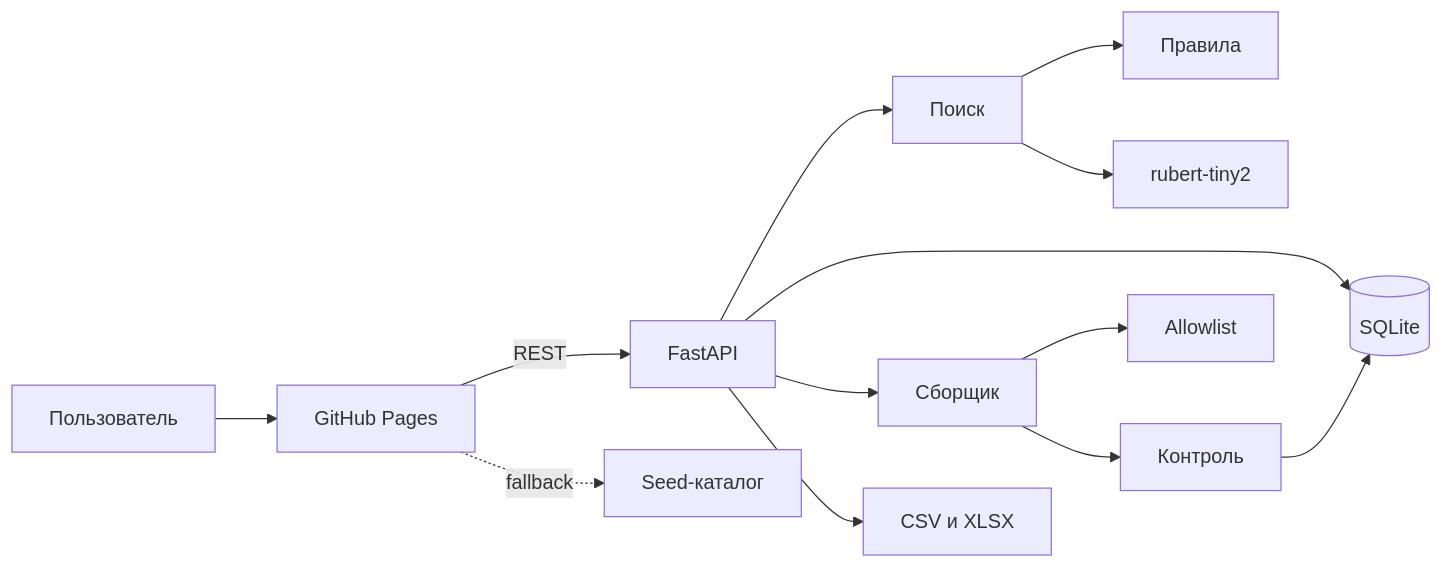
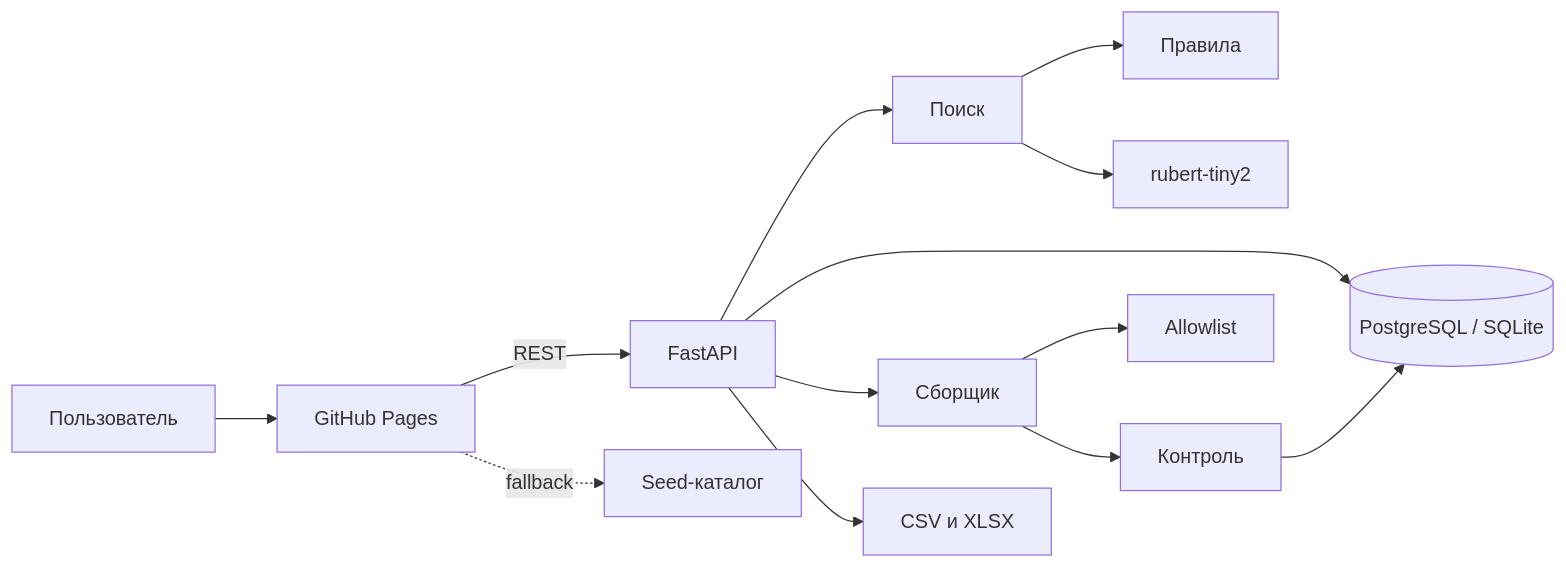
The first of 3 diagrams in README.md (SeniorDanilBodrov/foodsource), drawn with Mermaid before and after one commit. The commit also changed other lines of this file and 16 other files, not shown here.

````diff
--- a/README.md
+++ b/README.md
@@ -106,18 +108,18 @@
 ```mermaid
 flowchart LR
     U[Пользователь] --> UI[GitHub Pages]
     UI -->|REST| API[FastAPI]
     UI -. fallback .-> SEED[Seed-каталог]
 
     API --> SEARCH[Поиск]
-    API --> DB[(SQLite)]
+    API --> DB[(PostgreSQL / SQLite)]
     API --> COLLECTOR[Сборщик]
     API --> FILES[CSV и XLSX]
 
     SEARCH --> RULES[Правила]
     SEARCH --> ONNX[rubert-tiny2]
 
     COLLECTOR --> SOURCES[Allowlist]
     COLLECTOR --> QUALITY[Контроль]
     QUALITY --> DB
 ```
````
